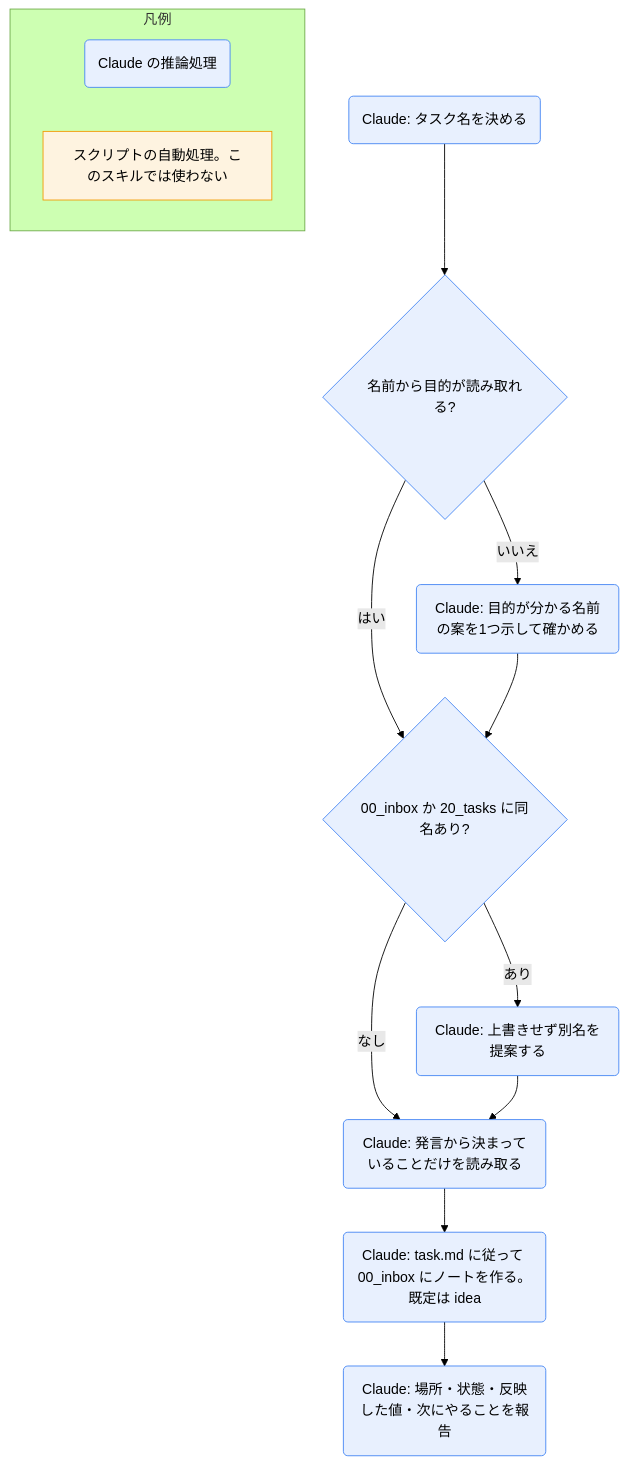
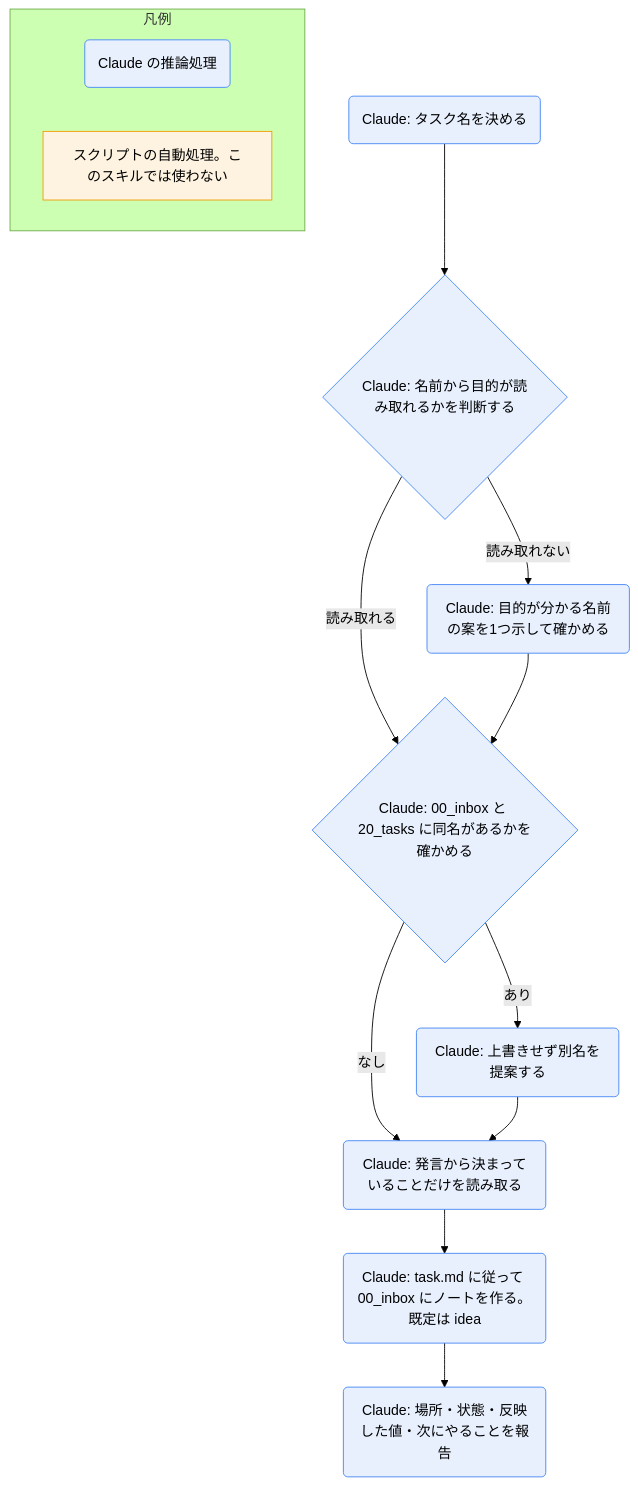
Before and after one commit to asama0101/obsidian-claude: the diagram in 90_system/skill-docs/task-add.md, drawn with Mermaid (forest theme). The commit also changed other lines of this file and 63 other files, not shown here.

````diff
--- a/90_system/skill-docs/task-add.md
+++ b/90_system/skill-docs/task-add.md
@@ -32,19 +32,19 @@
 ```mermaid
 flowchart TD
-  A(Claude: タスク名を決める) --> B{名前から目的が読み取れる?}
-  B -- いいえ --> C(Claude: 目的が分かる名前の案を1つ示して確かめる)
-  B -- はい --> D{00_inbox か 20_tasks に同名あり?}
+  A(Claude: タスク名を決める) --> B{Claude: 名前から目的が読み取れるかを判断する}
+  B -- 読み取れない --> C(Claude: 目的が分かる名前の案を1つ示して確かめる)
+  B -- 読み取れる --> D{Claude: 00_inbox と 20_tasks に同名があるかを確かめる}
   C --> D
   D -- あり --> E(Claude: 上書きせず別名を提案する)
   D -- なし --> F(Claude: 発言から決まっていることだけを読み取る)
   E --> F
   F --> G(Claude: task.md に従って 00_inbox にノートを作る。既定は idea)
   G --> H(Claude: 場所・状態・反映した値・次にやることを報告)
   classDef ai fill:#e8f0fe,stroke:#4285f4
   classDef sc fill:#fef3e0,stroke:#f29900
   class A,B,C,D,E,F,G,H ai
   subgraph 凡例
     L1(Claude の推論処理):::ai
     L2[スクリプトの自動処理。このスキルでは使わない]:::sc
   end
 ```
````
